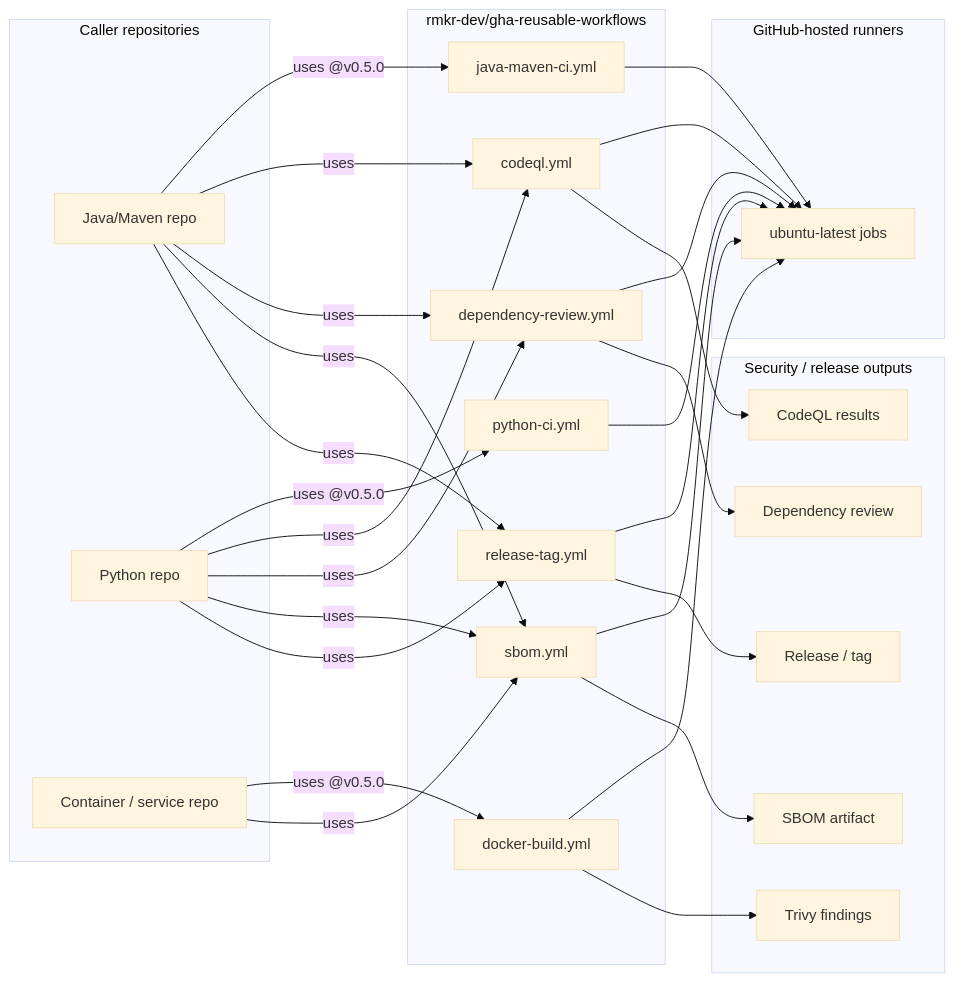
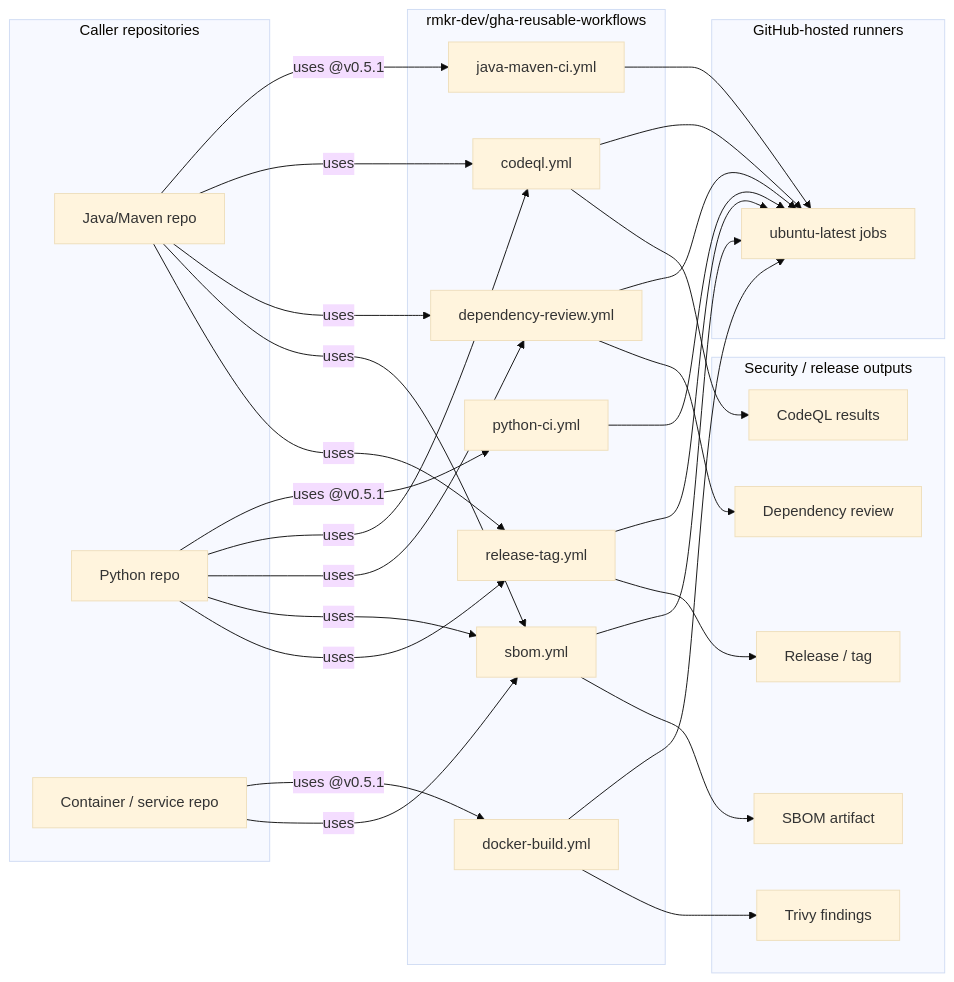
Before and after one commit to rmkr-dev/gha-reusable-workflows: the diagram in docs/architecture/architecture-diagram.md, drawn with Mermaid (base theme). The commit also changed other lines of this file and 14 other files, not shown here.

````diff
--- a/docs/architecture/architecture-diagram.md
+++ b/docs/architecture/architecture-diagram.md
@@ -3,57 +3,57 @@
 ```mermaid
 flowchart LR
   subgraph Callers["Caller repositories"]
     JP["Java/Maven repo"]
     PP["Python repo"]
     DP["Container / service repo"]
   end
 
   subgraph Reusable["rmkr-dev/gha-reusable-workflows"]
     PY["python-ci.yml"]
     JV["java-maven-ci.yml"]
     DK["docker-build.yml"]
     CQ["codeql.yml"]
     DR["dependency-review.yml"]
     SB["sbom.yml"]
     RT["release-tag.yml"]
   end
 
   subgraph Runners["GitHub-hosted runners"]
     R["ubuntu-latest jobs"]
   end
 
   subgraph Supply["Security / release outputs"]
     CQout["CodeQL results"]
     DRout["Dependency review"]
     SBout["SBOM artifact"]
     TRout["Trivy findings"]
     RELout["Release / tag"]
   end
 
-  JP -->|uses @v0.5.0| JV
+  JP -->|uses @v0.5.1| JV
   JP -->|uses| CQ
   JP -->|uses| DR
   JP -->|uses| SB
   JP -->|uses| RT
-  PP -->|uses @v0.5.0| PY
+  PP -->|uses @v0.5.1| PY
   PP -->|uses| CQ
   PP -->|uses| DR
   PP -->|uses| SB
   PP -->|uses| RT
-  DP -->|uses @v0.5.0| DK
+  DP -->|uses @v0.5.1| DK
   DP -->|uses| SB
 
   PY --> R
   JV --> R
   DK --> R
   CQ --> R
   DR --> R
   SB --> R
   RT --> R
 
   CQ --> CQout
   DR --> DRout
   SB --> SBout
   DK --> TRout
   RT --> RELout
 ```
````
